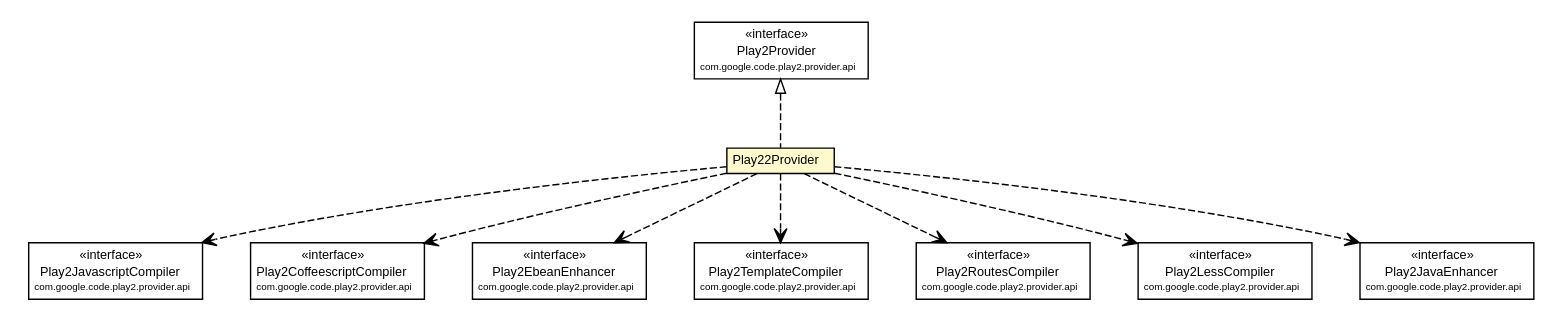
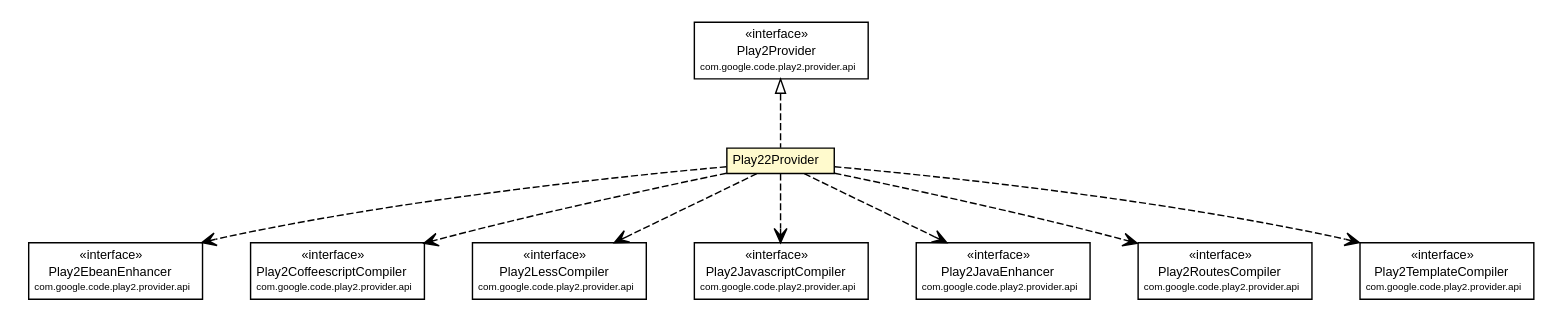
The diagram in mavensite/1.0.0-alpha7-SNAPSHOT/play2-providers/play2-provider-play22/apidocs/com/google/code/play2/provider/play22/Play22Provider.dot (wouterhardeman/play2-maven-plugin), drawn with Graphviz before and after one commit. The commit also changed 227 other files, not shown here.

Commit message:
Production site for version "1.0.0-alpha7-SNAPSHOT" - updated.

```diff
--- a/mavensite/1.0.0-alpha7-SNAPSHOT/play2-providers/play2-provider-play22/apidocs/com/google/code/play2/provider/play22/Play22Provider.dot
+++ b/mavensite/1.0.0-alpha7-SNAPSHOT/play2-providers/play2-provider-play22/apidocs/com/google/code/play2/provider/play22/Play22Provider.dot
@@ -17,22 +17,22 @@
 		</table>>, URL="./Play22Provider.html", fontname="arial", fontcolor="black", fontsize=9.0];
 	//com.google.code.play2.provider.play22.Play22Provider implements com.google.code.play2.provider.api.Play2Provider
 	c186:p -> c177:p [dir=back,arrowtail=empty,style=dashed];
-	// com.google.code.play2.provider.play22.Play22Provider DEPEND com.google.code.play2.provider.api.Play2JavascriptCompiler
+	// com.google.code.play2.provider.play22.Play22Provider DEPEND com.google.code.play2.provider.api.Play2EbeanEnhancer
 	c177:p -> c187:p [taillabel="", label="", headlabel="", fontname="arial", fontcolor="black", fontsize=10.0, color="black", arrowhead=open, style=dashed];
 	// com.google.code.play2.provider.play22.Play22Provider DEPEND com.google.code.play2.provider.api.Play2CoffeescriptCompiler
 	c177:p -> c188:p [taillabel="", label="", headlabel="", fontname="arial", fontcolor="black", fontsize=10.0, color="black", arrowhead=open, style=dashed];
-	// com.google.code.play2.provider.play22.Play22Provider DEPEND com.google.code.play2.provider.api.Play2EbeanEnhancer
+	// com.google.code.play2.provider.play22.Play22Provider DEPEND com.google.code.play2.provider.api.Play2LessCompiler
 	c177:p -> c189:p [taillabel="", label="", headlabel="", fontname="arial", fontcolor="black", fontsize=10.0, color="black", arrowhead=open, style=dashed];
+	// com.google.code.play2.provider.play22.Play22Provider DEPEND com.google.code.play2.provider.api.Play2JavascriptCompiler
+	c177:p -> c190:p [taillabel="", label="", headlabel="", fontname="arial", fontcolor="black", fontsize=10.0, color="black", arrowhead=open, style=dashed];
+	// com.google.code.play2.provider.play22.Play22Provider DEPEND com.google.code.play2.provider.api.Play2JavaEnhancer
+	c177:p -> c191:p [taillabel="", label="", headlabel="", fontname="arial", fontcolor="black", fontsize=10.0, color="black", arrowhead=open, style=dashed];
+	// com.google.code.play2.provider.play22.Play22Provider DEPEND com.google.code.play2.provider.api.Play2RoutesCompiler
+	c177:p -> c192:p [taillabel="", label="", headlabel="", fontname="arial", fontcolor="black", fontsize=10.0, color="black", arrowhead=open, style=dashed];
 	// com.google.code.play2.provider.play22.Play22Provider DEPEND com.google.code.play2.provider.api.Play2TemplateCompiler
-	c177:p -> c190:p [taillabel="", label="", headlabel="", fontname="arial", fontcolor="black", fontsize=10.0, color="black", arrowhead=open, style=dashed];
-	// com.google.code.play2.provider.play22.Play22Provider DEPEND com.google.code.play2.provider.api.Play2RoutesCompiler
-	c177:p -> c191:p [taillabel="", label="", headlabel="", fontname="arial", fontcolor="black", fontsize=10.0, color="black", arrowhead=open, style=dashed];
-	// com.google.code.play2.provider.play22.Play22Provider DEPEND com.google.code.play2.provider.api.Play2LessCompiler
-	c177:p -> c192:p [taillabel="", label="", headlabel="", fontname="arial", fontcolor="black", fontsize=10.0, color="black", arrowhead=open, style=dashed];
-	// com.google.code.play2.provider.play22.Play22Provider DEPEND com.google.code.play2.provider.api.Play2JavaEnhancer
 	c177:p -> c193:p [taillabel="", label="", headlabel="", fontname="arial", fontcolor="black", fontsize=10.0, color="black", arrowhead=open, style=dashed];
 	// com.google.code.play2.provider.api.Play2EbeanEnhancer
-	c189 [label=<<table title="com.google.code.play2.provider.api.Play2EbeanEnhancer" border="0" cellborder="1" cellspacing="0" cellpadding="2" port="p" href="https://play2-maven-plugin.googlecode.com/svn/mavensite/1.0.0-alpha7-SNAPSHOT/play2-provider-api/apidocs/com/google/code/play2/provider/api/Play2EbeanEnhancer.html">
+	c187 [label=<<table title="com.google.code.play2.provider.api.Play2EbeanEnhancer" border="0" cellborder="1" cellspacing="0" cellpadding="2" port="p" href="https://play2-maven-plugin.googlecode.com/svn/mavensite/1.0.0-alpha7-SNAPSHOT/play2-provider-api/apidocs/com/google/code/play2/provider/api/Play2EbeanEnhancer.html">
 		<tr><td><table border="0" cellspacing="0" cellpadding="1">
 <tr><td align="center" balign="center"> &#171;interface&#187; </td></tr>
 <tr><td align="center" balign="center"> Play2EbeanEnhancer </td></tr>
@@ -40,7 +40,7 @@
 		</table></td></tr>
 		</table>>, URL="https://play2-maven-plugin.googlecode.com/svn/mavensite/1.0.0-alpha7-SNAPSHOT/play2-provider-api/apidocs/com/google/code/play2/provider/api/Play2EbeanEnhancer.html", fontname="arial", fontcolor="black", fontsize=9.0];
 	// com.google.code.play2.provider.api.Play2LessCompiler
-	c192 [label=<<table title="com.google.code.play2.provider.api.Play2LessCompiler" border="0" cellborder="1" cellspacing="0" cellpadding="2" port="p" href="https://play2-maven-plugin.googlecode.com/svn/mavensite/1.0.0-alpha7-SNAPSHOT/play2-provider-api/apidocs/com/google/code/play2/provider/api/Play2LessCompiler.html">
+	c189 [label=<<table title="com.google.code.play2.provider.api.Play2LessCompiler" border="0" cellborder="1" cellspacing="0" cellpadding="2" port="p" href="https://play2-maven-plugin.googlecode.com/svn/mavensite/1.0.0-alpha7-SNAPSHOT/play2-provider-api/apidocs/com/google/code/play2/provider/api/Play2LessCompiler.html">
 		<tr><td><table border="0" cellspacing="0" cellpadding="1">
 <tr><td align="center" balign="center"> &#171;interface&#187; </td></tr>
 <tr><td align="center" balign="center"> Play2LessCompiler </td></tr>
@@ -56,7 +56,7 @@
 		</table></td></tr>
 		</table>>, URL="https://play2-maven-plugin.googlecode.com/svn/mavensite/1.0.0-alpha7-SNAPSHOT/play2-provider-api/apidocs/com/google/code/play2/provider/api/Play2CoffeescriptCompiler.html", fontname="arial", fontcolor="black", fontsize=9.0];
 	// com.google.code.play2.provider.api.Play2JavaEnhancer
-	c193 [label=<<table title="com.google.code.play2.provider.api.Play2JavaEnhancer" border="0" cellborder="1" cellspacing="0" cellpadding="2" port="p" href="https://play2-maven-plugin.googlecode.com/svn/mavensite/1.0.0-alpha7-SNAPSHOT/play2-provider-api/apidocs/com/google/code/play2/provider/api/Play2JavaEnhancer.html">
+	c191 [label=<<table title="com.google.code.play2.provider.api.Play2JavaEnhancer" border="0" cellborder="1" cellspacing="0" cellpadding="2" port="p" href="https://play2-maven-plugin.googlecode.com/svn/mavensite/1.0.0-alpha7-SNAPSHOT/play2-provider-api/apidocs/com/google/code/play2/provider/api/Play2JavaEnhancer.html">
 		<tr><td><table border="0" cellspacing="0" cellpadding="1">
 <tr><td align="center" balign="center"> &#171;interface&#187; </td></tr>
 <tr><td align="center" balign="center"> Play2JavaEnhancer </td></tr>
@@ -64,7 +64,7 @@
 		</table></td></tr>
 		</table>>, URL="https://play2-maven-plugin.googlecode.com/svn/mavensite/1.0.0-alpha7-SNAPSHOT/play2-provider-api/apidocs/com/google/code/play2/provider/api/Play2JavaEnhancer.html", fontname="arial", fontcolor="black", fontsize=9.0];
 	// com.google.code.play2.provider.api.Play2RoutesCompiler
-	c191 [label=<<table title="com.google.code.play2.provider.api.Play2RoutesCompiler" border="0" cellborder="1" cellspacing="0" cellpadding="2" port="p" href="https://play2-maven-plugin.googlecode.com/svn/mavensite/1.0.0-alpha7-SNAPSHOT/play2-provider-api/apidocs/com/google/code/play2/provider/api/Play2RoutesCompiler.html">
+	c192 [label=<<table title="com.google.code.play2.provider.api.Play2RoutesCompiler" border="0" cellborder="1" cellspacing="0" cellpadding="2" port="p" href="https://play2-maven-plugin.googlecode.com/svn/mavensite/1.0.0-alpha7-SNAPSHOT/play2-provider-api/apidocs/com/google/code/play2/provider/api/Play2RoutesCompiler.html">
 		<tr><td><table border="0" cellspacing="0" cellpadding="1">
 <tr><td align="center" balign="center"> &#171;interface&#187; </td></tr>
 <tr><td align="center" balign="center"> Play2RoutesCompiler </td></tr>
@@ -72,7 +72,7 @@
 		</table></td></tr>
 		</table>>, URL="https://play2-maven-plugin.googlecode.com/svn/mavensite/1.0.0-alpha7-SNAPSHOT/play2-provider-api/apidocs/com/google/code/play2/provider/api/Play2RoutesCompiler.html", fontname="arial", fontcolor="black", fontsize=9.0];
 	// com.google.code.play2.provider.api.Play2JavascriptCompiler
-	c187 [label=<<table title="com.google.code.play2.provider.api.Play2JavascriptCompiler" border="0" cellborder="1" cellspacing="0" cellpadding="2" port="p" href="https://play2-maven-plugin.googlecode.com/svn/mavensite/1.0.0-alpha7-SNAPSHOT/play2-provider-api/apidocs/com/google/code/play2/provider/api/Play2JavascriptCompiler.html">
+	c190 [label=<<table title="com.google.code.play2.provider.api.Play2JavascriptCompiler" border="0" cellborder="1" cellspacing="0" cellpadding="2" port="p" href="https://play2-maven-plugin.googlecode.com/svn/mavensite/1.0.0-alpha7-SNAPSHOT/play2-provider-api/apidocs/com/google/code/play2/provider/api/Play2JavascriptCompiler.html">
 		<tr><td><table border="0" cellspacing="0" cellpadding="1">
 <tr><td align="center" balign="center"> &#171;interface&#187; </td></tr>
 <tr><td align="center" balign="center"> Play2JavascriptCompiler </td></tr>
@@ -88,7 +88,7 @@
 		</table></td></tr>
 		</table>>, URL="https://play2-maven-plugin.googlecode.com/svn/mavensite/1.0.0-alpha7-SNAPSHOT/play2-provider-api/apidocs/com/google/code/play2/provider/api/Play2Provider.html", fontname="arial", fontcolor="black", fontsize=9.0];
 	// com.google.code.play2.provider.api.Play2TemplateCompiler
-	c190 [label=<<table title="com.google.code.play2.provider.api.Play2TemplateCompiler" border="0" cellborder="1" cellspacing="0" cellpadding="2" port="p" href="https://play2-maven-plugin.googlecode.com/svn/mavensite/1.0.0-alpha7-SNAPSHOT/play2-provider-api/apidocs/com/google/code/play2/provider/api/Play2TemplateCompiler.html">
+	c193 [label=<<table title="com.google.code.play2.provider.api.Play2TemplateCompiler" border="0" cellborder="1" cellspacing="0" cellpadding="2" port="p" href="https://play2-maven-plugin.googlecode.com/svn/mavensite/1.0.0-alpha7-SNAPSHOT/play2-provider-api/apidocs/com/google/code/play2/provider/api/Play2TemplateCompiler.html">
 		<tr><td><table border="0" cellspacing="0" cellpadding="1">
 <tr><td align="center" balign="center"> &#171;interface&#187; </td></tr>
 <tr><td align="center" balign="center"> Play2TemplateCompiler </td></tr>
```
